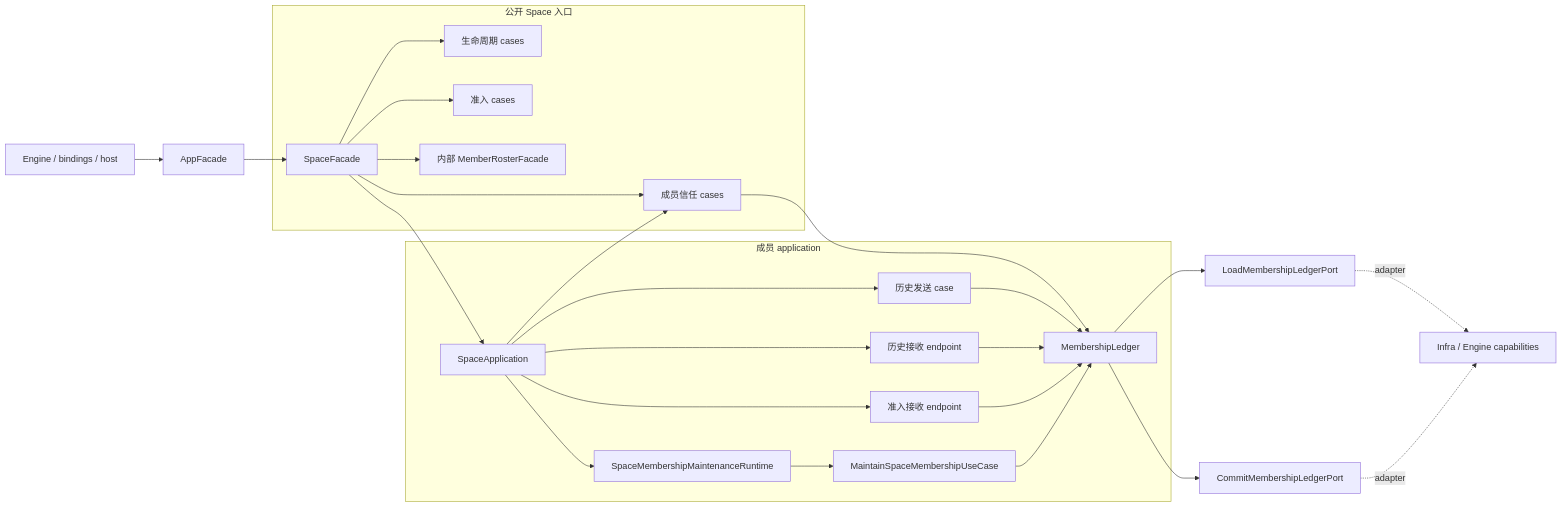
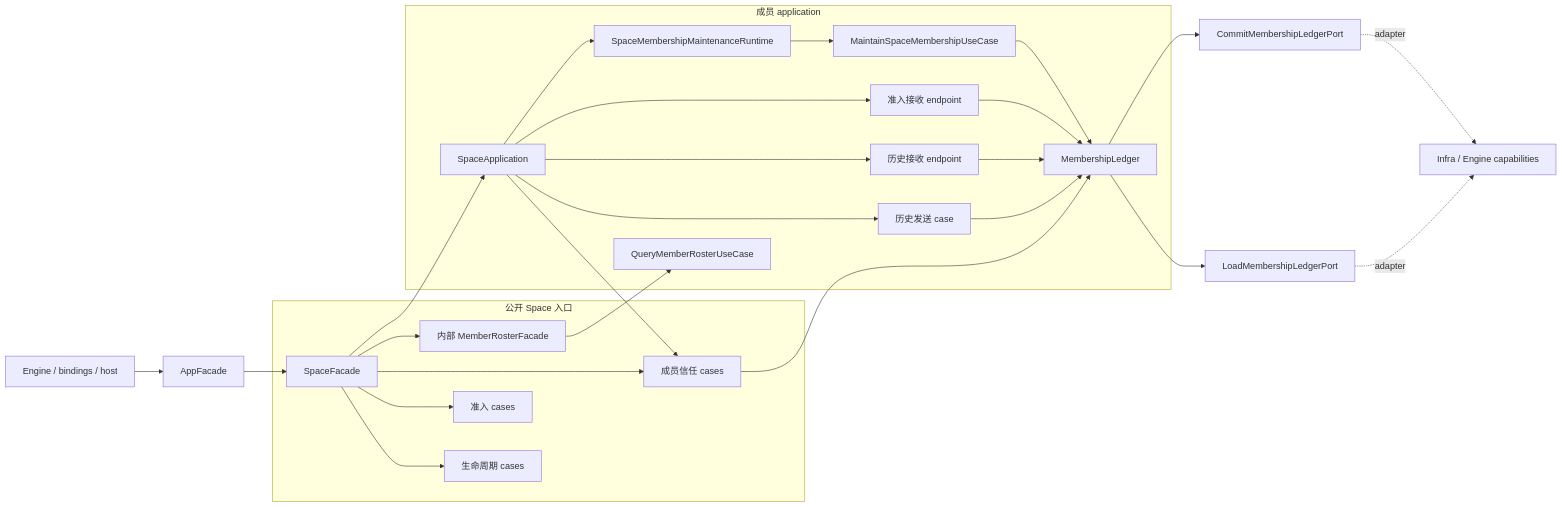
The first of 5 diagrams in docs/design-docs/space-application.md (UniClipboard/Engine), drawn with Mermaid before and after one commit. The commit also changed other lines of this file and 91 other files, not shown here.

````diff
--- a/docs/design-docs/space-application.md
+++ b/docs/design-docs/space-application.md
@@ -44,32 +44,33 @@
 ```mermaid
 flowchart LR
     Host[Engine / bindings / host] --> AppFacade[AppFacade]
     AppFacade --> SpaceFacade[SpaceFacade]
 
     subgraph Public[公开 Space 入口]
         SpaceFacade --> Life[生命周期 cases]
         SpaceFacade --> Admission[准入 cases]
         SpaceFacade --> Trust[成员信任 cases]
-        SpaceFacade --> Roster[内部 MemberRosterFacade]
+        SpaceFacade --> RosterFacade[内部 MemberRosterFacade]
     end
 
     subgraph Membership[成员 application]
         SpaceApp[SpaceApplication] --> Trust
         SpaceApp --> HistoryTx[历史发送 case]
         SpaceApp --> HistoryRx[历史接收 endpoint]
         SpaceApp --> AdmissionRx[准入接收 endpoint]
         SpaceApp --> Runtime[SpaceMembershipMaintenanceRuntime]
         Runtime --> Maintain[MaintainSpaceMembershipUseCase]
+        RosterFacade --> Roster[QueryMemberRosterUseCase]
         Trust --> Ledger[MembershipLedger]
         HistoryTx --> Ledger
         HistoryRx --> Ledger
         AdmissionRx --> Ledger
         Maintain --> Ledger
     end
 
     SpaceFacade --> SpaceApp
     Ledger --> LoadPort[LoadMembershipLedgerPort]
     Ledger --> CommitPort[CommitMembershipLedgerPort]
     LoadPort -. adapter .-> Infra[Infra / Engine capabilities]
     CommitPort -. adapter .-> Infra
 ```
````
